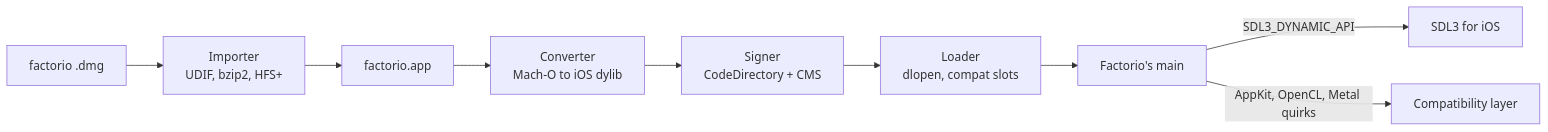
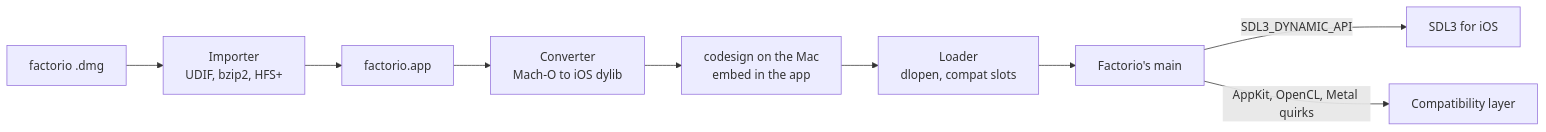
The diagram in README.md (klesersurovyj-a11y/factorios), drawn with Mermaid before and after one commit. The commit also changed other lines of this file and 56 other files, not shown here.

````diff
--- a/README.md
+++ b/README.md
@@ -13,11 +13,11 @@
 ```mermaid
 flowchart LR
     dmg[factorio .dmg] --> importer[Importer<br/>UDIF, bzip2, HFS+]
     importer --> app[factorio.app]
     app --> converter[Converter<br/>Mach-O to iOS dylib]
-    converter --> signer[Signer<br/>CodeDirectory + CMS]
+    converter --> signer[codesign on the Mac<br/>embed in the app]
     signer --> loader[Loader<br/>dlopen, compat slots]
     loader --> game[Factorio's main]
     game -- SDL3_DYNAMIC_API --> sdl[SDL3 for iOS]
     game -- AppKit, OpenCL, Metal quirks --> compat[Compatibility layer]
 ```
````
